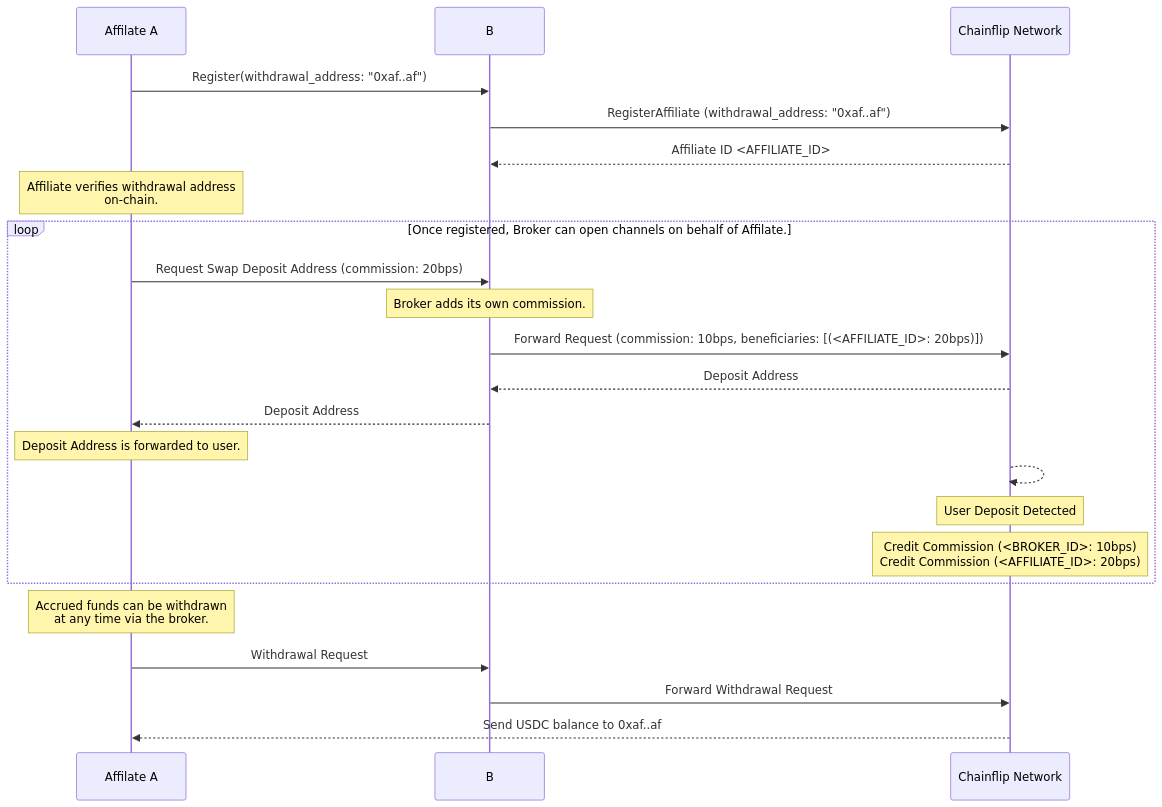
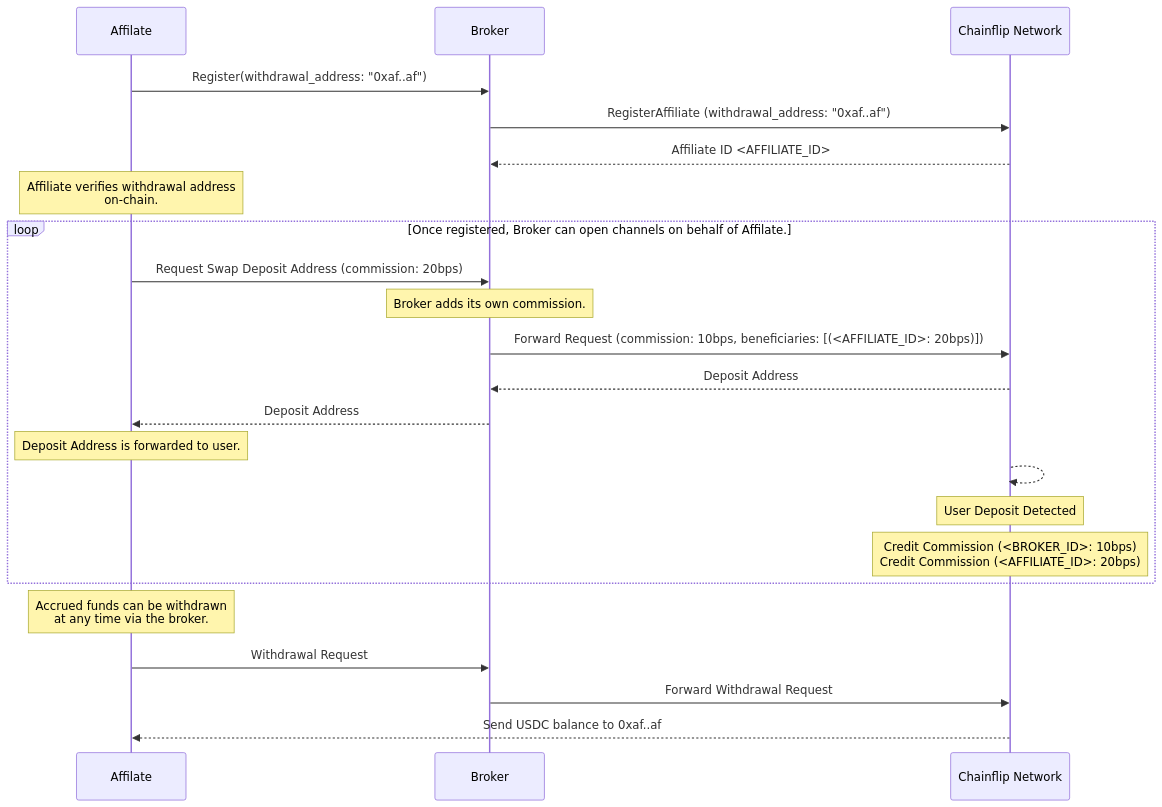
One commit to chainflip-io/chainflip-docs changed the diagram in pages/swapping/integrations/running-a-broker/broker-affiliates.mdx. Above: the diagram before and after it, drawn with Mermaid.

Commit message:
fix: name broker in mermaid diagram

````diff
--- a/pages/swapping/integrations/running-a-broker/broker-affiliates.mdx
+++ b/pages/swapping/integrations/running-a-broker/broker-affiliates.mdx
@@ -75,32 +75,32 @@
 ```mermaid
 sequenceDiagram
-    participant A as Affilate A
-    participant B
+    participant A as Affilate
+    participant B as Broker
     participant C as Chainflip Network
 
     A->>B: Register(withdrawal_address: "0xaf..af")
     B->>C: RegisterAffiliate (withdrawal_address: "0xaf..af")
     C-->>B: Affiliate ID <AFFILIATE_ID>
 
     Note over A: Affiliate verifies withdrawal address<br/>on-chain.
 
     loop Once registered, Broker can open channels on behalf of Affilate.
     A->>B: Request Swap Deposit Address (commission: 20bps)
     Note over B: Broker adds its own commission.
     B->>C: Forward Request (commission: 10bps, beneficiaries: [(<AFFILIATE_ID>: 20bps)])
     C-->>B: Deposit Address
     B-->>A: Deposit Address
     Note over A: Deposit Address is forwarded to user.
 
     C-->>C: 
     Note over C: User Deposit Detected
     Note over C: Credit Commission (<BROKER_ID>: 10bps)<br/>Credit Commission (<AFFILIATE_ID>: 20bps)
 
     end
 
     Note over A: Accrued funds can be withdrawn<br/>at any time via the broker.
 
     A->>B: Withdrawal Request
     B->>C: Forward Withdrawal Request
     C-->>A: Send USDC balance to 0xaf..af
 ```
````
